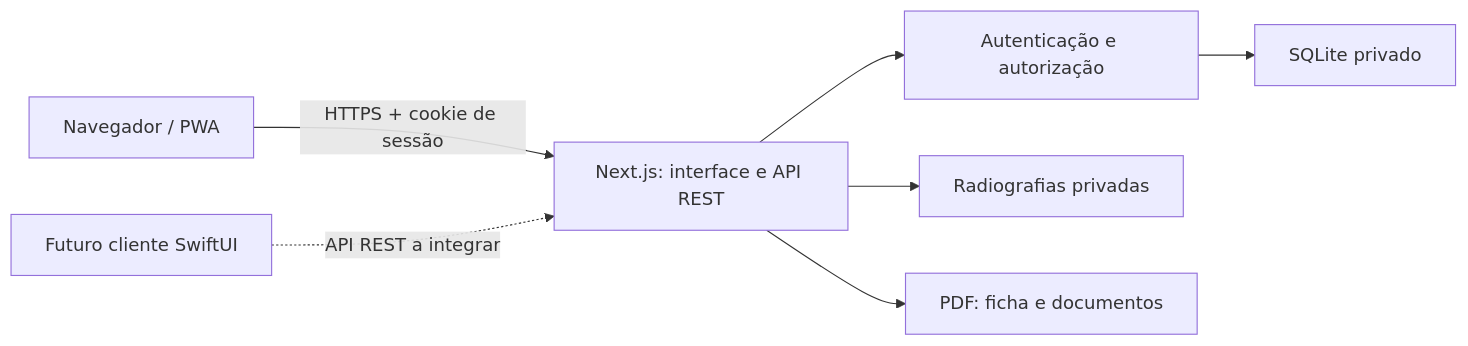
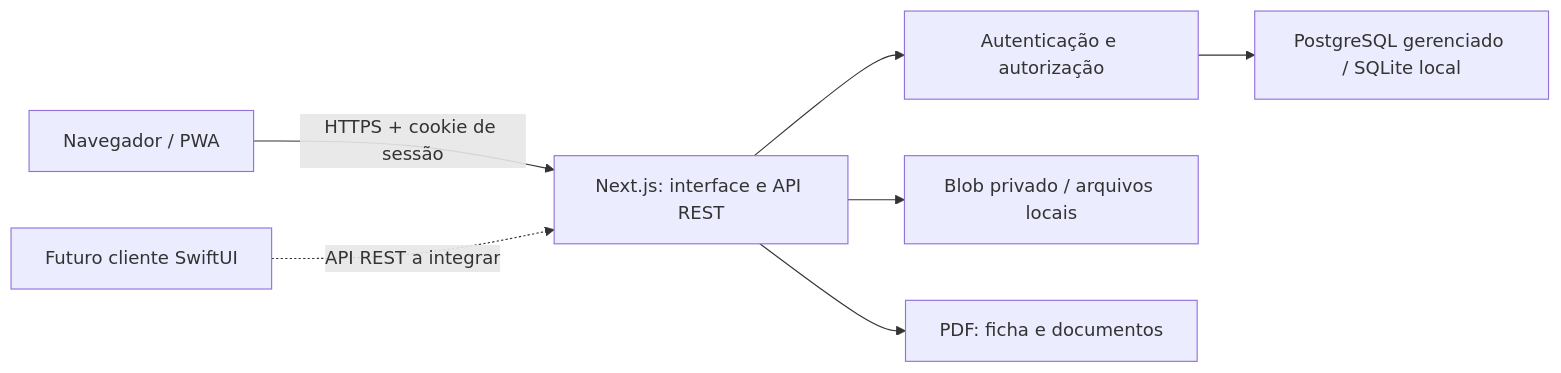
The diagram in docs/architecture.md (gabrielregobarbosa-tech/Endodelivery), drawn with Mermaid before and after one commit. The commit also changed other lines of this file and 70 other files, not shown here.

````diff
--- a/docs/architecture.md
+++ b/docs/architecture.md
@@ -7,9 +7,9 @@
 ```mermaid
 flowchart LR
     browser["Navegador / PWA"] -->|"HTTPS + cookie de sessão"| next["Next.js: interface e API REST"]
     next --> auth["Autenticação e autorização"]
-    auth --> sqlite["SQLite privado"]
-    next --> storage["Radiografias privadas"]
+    auth --> database["PostgreSQL gerenciado / SQLite local"]
+    next --> storage["Blob privado / arquivos locais"]
     next --> pdf["PDF: ficha e documentos"]
     native["Futuro cliente SwiftUI"] -. "API REST a integrar" .-> next
 ```
````
